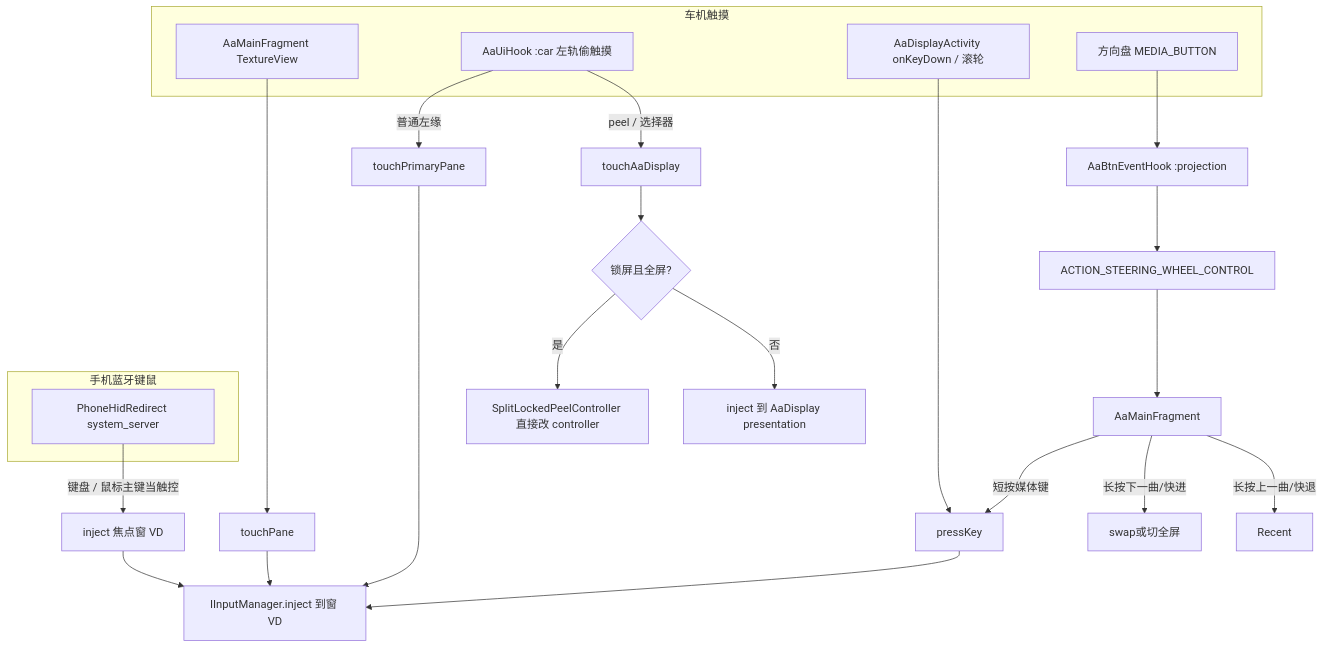
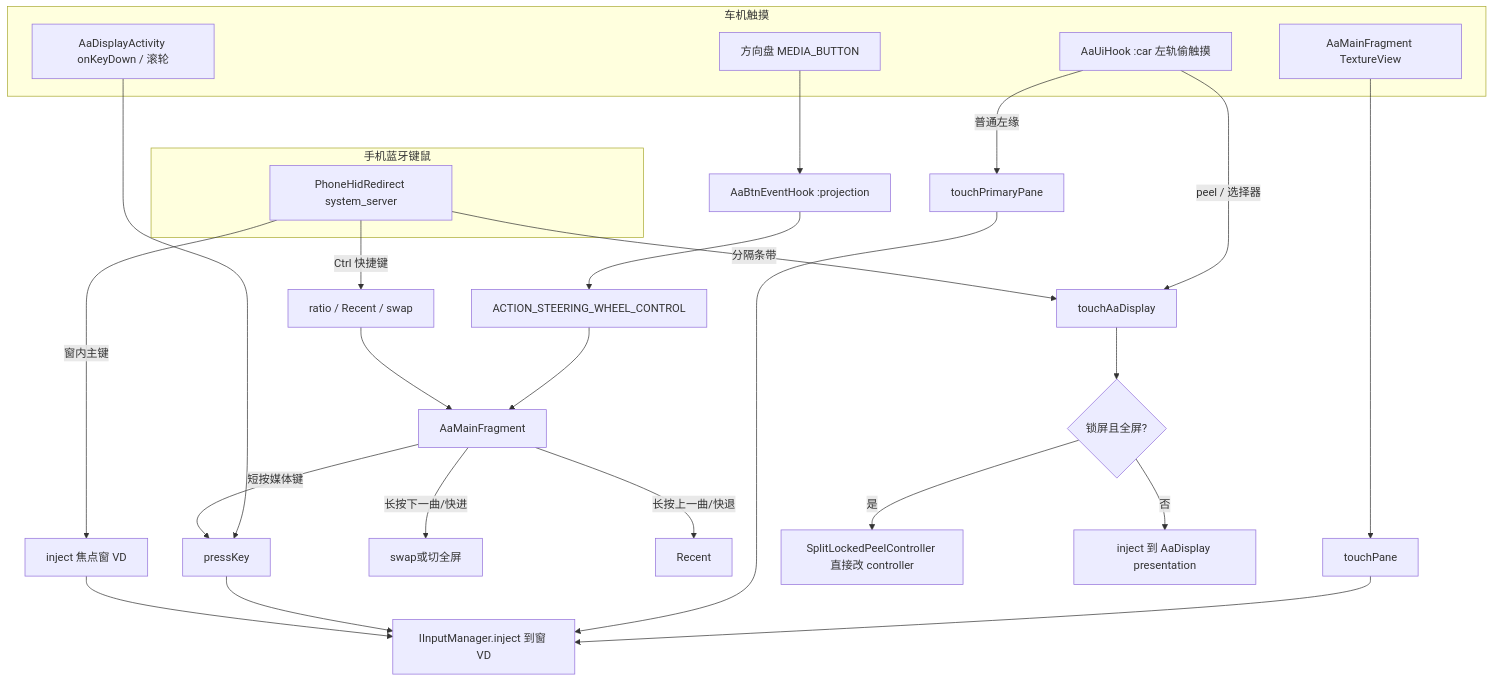
Before and after one commit to lagXkjy/AADisplay: the second of 2 diagrams in docs/EXECUTION.md, drawn with Mermaid. The commit also changed other lines of this file and 9 other files, not shown here.

````diff
--- a/docs/EXECUTION.md
+++ b/docs/EXECUTION.md
@@ -374,33 +374,36 @@
 ```mermaid
 flowchart TB
     subgraph HU["车机触摸"]
         TV["AaMainFragment TextureView"]
         RAIL["AaUiHook :car 左轨偷触摸"]
         KEY["AaDisplayActivity onKeyDown / 滚轮"]
         WH["方向盘 MEDIA_BUTTON"]
     end
 
     subgraph PhoneHid["手机蓝牙键鼠"]
         BT["PhoneHidRedirect system_server"]
     end
 
     TV --> touchPane
     RAIL -->|普通左缘| touchPrimaryPane
     RAIL -->|peel / 选择器| touchAaDisplay
     KEY --> pressKey
     WH --> BtnHook["AaBtnEventHook :projection"]
     BtnHook --> BR["ACTION_STEERING_WHEEL_CONTROL"]
     BR --> MAIN["AaMainFragment"]
     MAIN -->|短按媒体键| pressKey
     MAIN -->|长按下一曲/快进| swap或切全屏
     MAIN -->|长按上一曲/快退| Recent
-    BT -->|键盘 / 鼠标主键当触控| HID["inject 焦点窗 VD"]
+    BT -->|窗内主键| HID["inject 焦点窗 VD"]
+    BT -->|分隔条带| touchAaDisplay
+    BT -->|Ctrl 快捷键| Chrome["ratio / Recent / swap"]
 
     touchPane --> IM["IInputManager.inject 到窗 VD"]
     touchPrimaryPane --> IM
     touchAaDisplay --> PEEL{"锁屏且全屏?"}
     PEEL -->|是| LOCK["SplitLockedPeelController 直接改 controller"]
     PEEL -->|否| PRES["inject 到 AaDisplay presentation"]
     pressKey --> IM
     HID --> IM
+    Chrome --> MAIN
 ```
````
